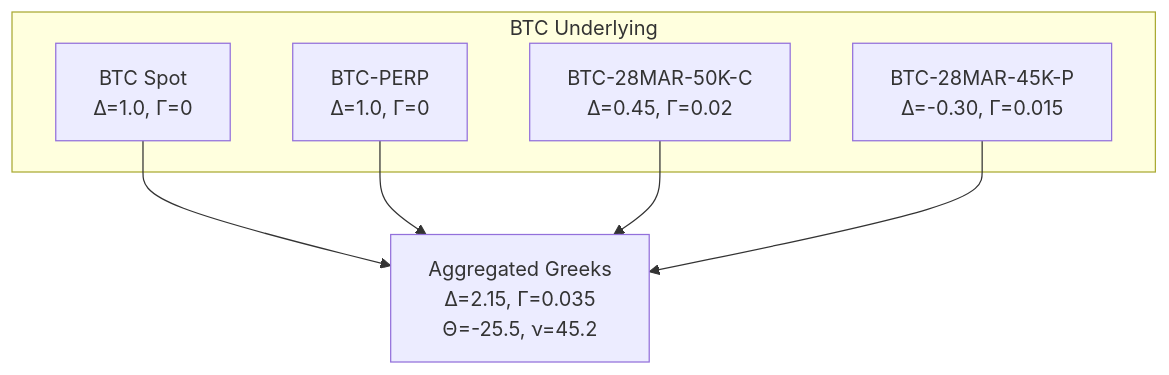
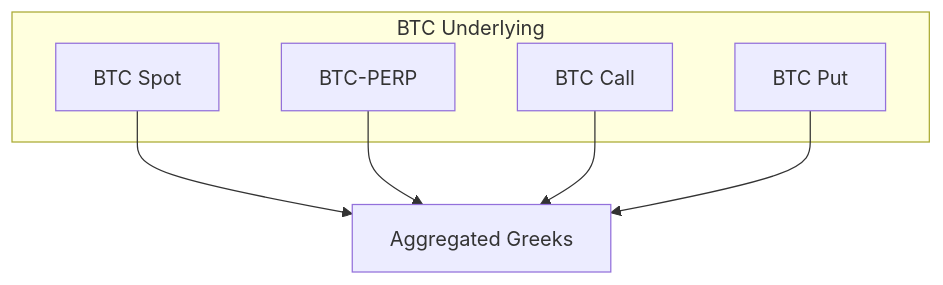
The tenth of 17 diagrams in SPEC.md (dataclique/moneymentum), drawn with Mermaid before and after one commit. The commit also changed other lines of this file, not shown here.

````diff
--- a/SPEC.md
+++ b/SPEC.md
@@ -621,16 +627,16 @@
 ```mermaid
 flowchart TB
     subgraph BTC["BTC Underlying"]
-        SPOT[BTC Spot<br/>Δ=1.0, Γ=0]
-        PERP[BTC-PERP<br/>Δ=1.0, Γ=0]
-        OPT1[BTC-28MAR-50K-C<br/>Δ=0.45, Γ=0.02]
-        OPT2[BTC-28MAR-45K-P<br/>Δ=-0.30, Γ=0.015]
+        SPOT[BTC Spot]
+        PERP[BTC-PERP]
+        OPT1[BTC Call]
+        OPT2[BTC Put]
     end
 
-    AGG[Aggregated Greeks<br/>Δ=2.15, Γ=0.035<br/>Θ=-25.5, ν=45.2]
+    AGG[Aggregated Greeks]
 
     SPOT --> AGG
     PERP --> AGG
     OPT1 --> AGG
     OPT2 --> AGG
 ```
````
